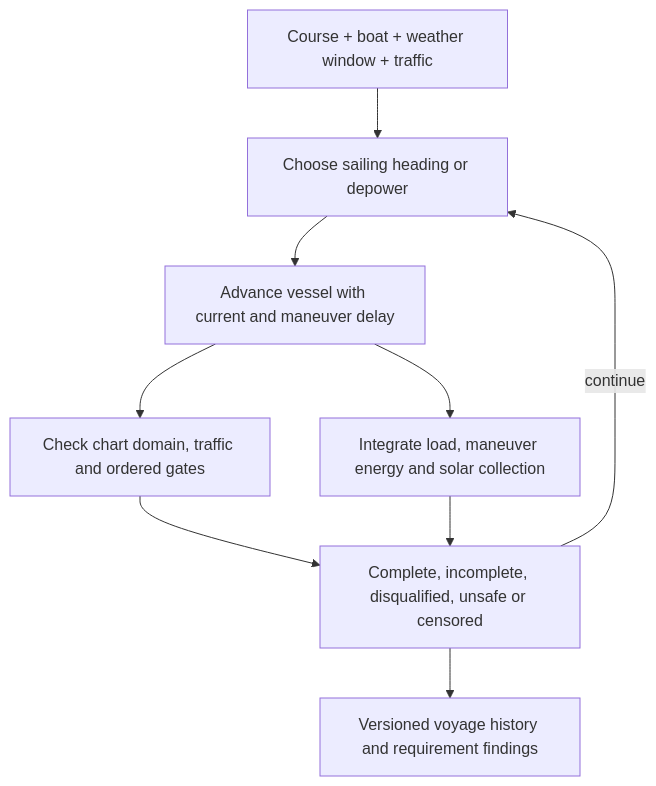
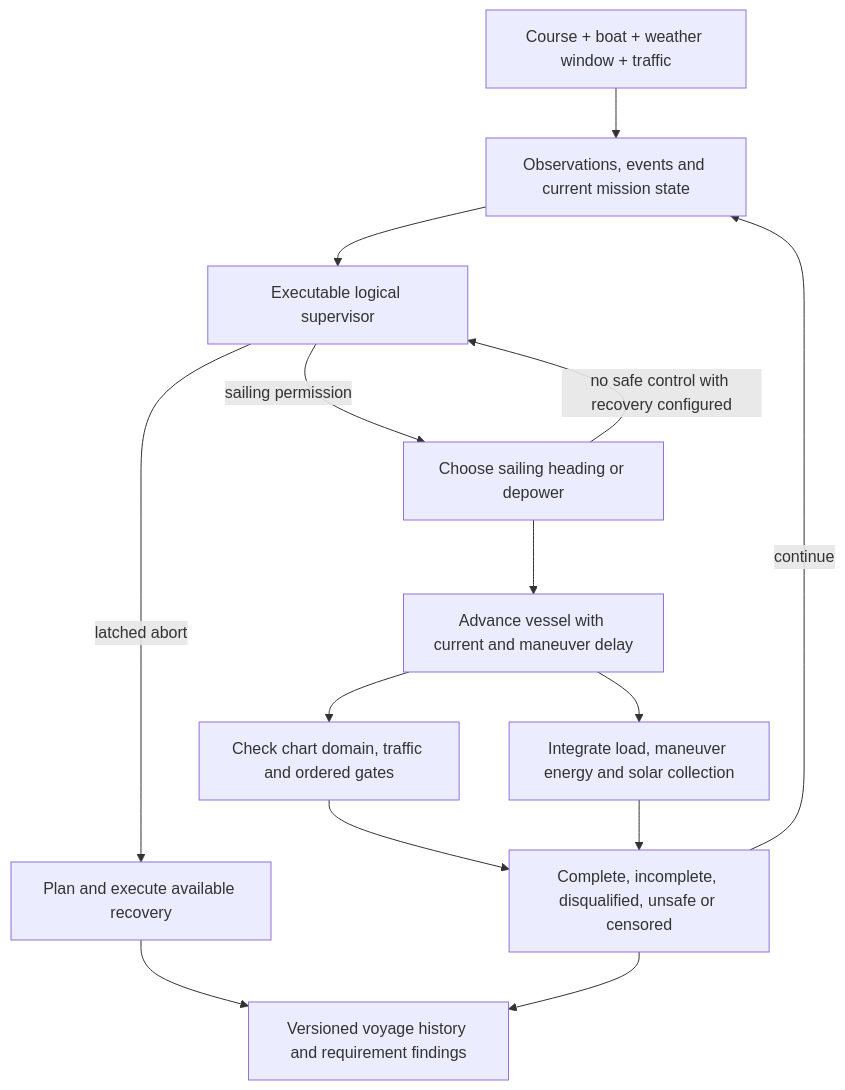
The first of 2 diagrams in docs/mission-simulation.md (DavidIngraham/sv-blue-dog), drawn with Mermaid before and after one commit. The commit also changed other lines of this file and 8 other files, not shown here.

````diff
--- a/docs/mission-simulation.md
+++ b/docs/mission-simulation.md
@@ -35,11 +37,16 @@
 ```mermaid
 flowchart TD
-    scenario["Course + boat + weather window + traffic"] --> guidance["Choose sailing heading or depower"]
+    scenario["Course + boat + weather window + traffic"] --> observations["Observations, events and current mission state"]
+    observations --> supervisor["Executable logical supervisor"]
+    supervisor -->|sailing permission| guidance["Choose sailing heading or depower"]
+    supervisor -->|latched abort| recovery["Plan and execute available recovery"]
+    recovery --> evidence
+    guidance -->|no safe control with recovery configured| supervisor
     guidance --> motion["Advance vessel with current and maneuver delay"]
     motion --> checks["Check chart domain, traffic and ordered gates"]
     motion --> energy["Integrate load, maneuver energy and solar collection"]
     checks --> outcome["Complete, incomplete, disqualified, unsafe or censored"]
     energy --> outcome
-    outcome -->|continue| guidance
+    outcome -->|continue| observations
     outcome --> evidence["Versioned voyage history and requirement findings"]
 ```
````
